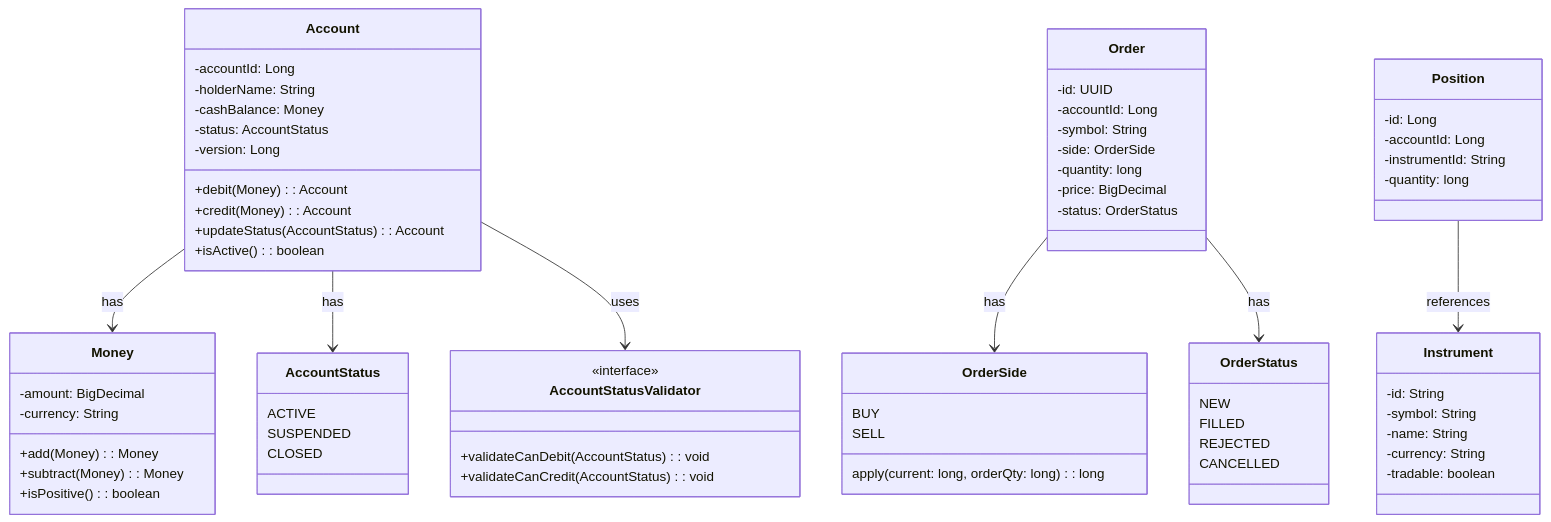
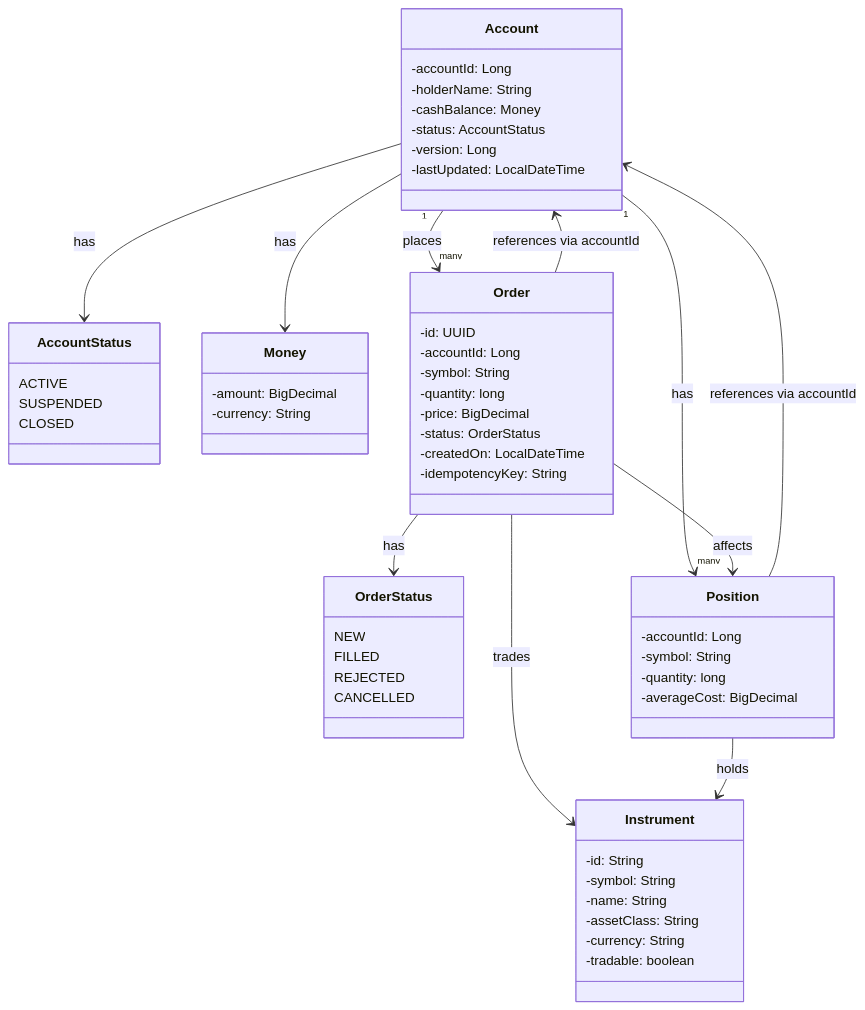
Before and after one commit to poppybun/the_commit_crew: the diagram in app/docs/class_diagram.mmd, drawn with Mermaid. The commit also changed 1 other file, not shown here.

Commit message:
docs: Update domain class diagram with simplified relationships

```diff
--- a/app/docs/class_diagram.mmd
+++ b/app/docs/class_diagram.mmd
@@ -1,82 +1,66 @@
 classDiagram
-    %% Enums
+direction TB
     class AccountStatus {
-        ACTIVE
-        SUSPENDED
-        CLOSED
+	    ACTIVE
+	    SUSPENDED
+	    CLOSED
     }
-    
+
     class OrderStatus {
-        NEW
-        FILLED
-        REJECTED
-        CANCELLED
+	    NEW
+	    FILLED
+	    REJECTED
+	    CANCELLED
     }
-    
-    class OrderSide {
-        BUY
-        SELL
-        apply(current: long, orderQty: long): long
+
+    class Money {
+	    -amount: BigDecimal
+	    -currency: String
     }
-    
-    %% Value Objects
-    class Money {
-        -amount: BigDecimal
-        -currency: String
-        +add(Money): Money
-        +subtract(Money): Money
-        +isPositive(): boolean
+
+    class Account {
+	    -accountId: Long
+	    -holderName: String
+	    -cashBalance: Money
+	    -status: AccountStatus
+	    -version: Long
+	    -lastUpdated: LocalDateTime
     }
-    
-    %% Models
-    class Account {
-        -accountId: Long
-        -holderName: String
-        -cashBalance: Money
-        -status: AccountStatus
-        -version: Long
-        +debit(Money): Account
-        +credit(Money): Account
-        +updateStatus(AccountStatus): Account
-        +isActive(): boolean
+
+    class Instrument {
+	    -id: String
+	    -symbol: String
+	    -name: String
+	    -assetClass: String
+	    -currency: String
+	    -tradable: boolean
     }
-    
-    class Instrument {
-        -id: String
-        -symbol: String
-        -name: String
-        -currency: String
-        -tradable: boolean
+
+    class Order {
+	    -id: UUID
+	    -accountId: Long
+	    -symbol: String
+	    -quantity: long
+	    -price: BigDecimal
+	    -status: OrderStatus
+	    -createdOn: LocalDateTime
+	    -idempotencyKey: String
     }
-    
-    class Order {
-        -id: UUID
-        -accountId: Long
-        -symbol: String
-        -side: OrderSide
-        -quantity: long
-        -price: BigDecimal
-        -status: OrderStatus
+
+    class Position {
+	    -accountId: Long
+	    -symbol: String
+	    -quantity: long
+	    -averageCost: BigDecimal
     }
-    
-    class Position {
-        -id: Long
-        -accountId: Long
-        -instrumentId: String
-        -quantity: long
-    }
-    
-    %% Interfaces
-    class AccountStatusValidator {
-        <<interface>>
-        +validateCanDebit(AccountStatus): void
-        +validateCanCredit(AccountStatus): void
-    }
-    
-    %% Relationships
+
     Account --> Money : has
     Account --> AccountStatus : has
-    Account --> AccountStatusValidator : uses
-    Order --> OrderSide : has
+    Account "1" --> "many" Order : places
+    Account "1" --> "many" Position : has
+    Order --> Account : references via accountId
     Order --> OrderStatus : has
-    Position --> Instrument : references
+    Order --> Position : affects
+    Order --> Instrument : trades
+    Position --> Account : references via accountId
+    Position --> Instrument : holds
```
